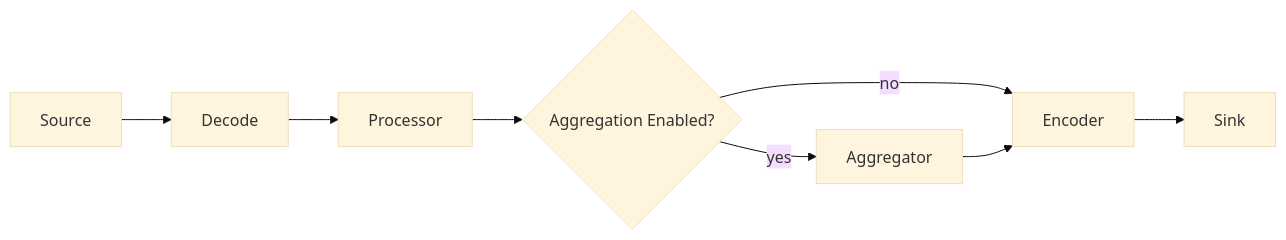
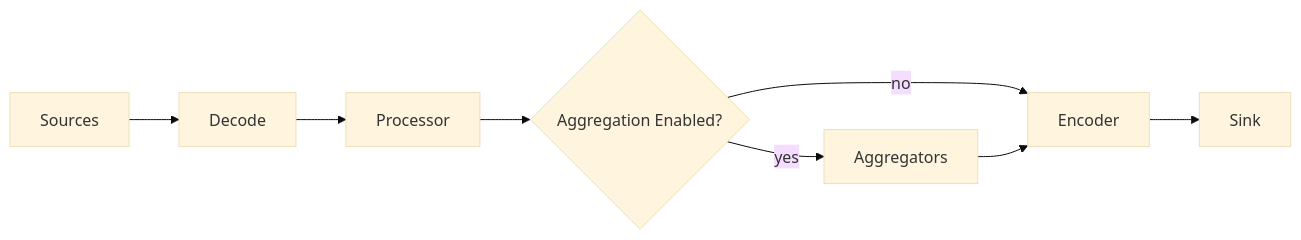
One commit to netsampler/goflow2 changed the first of 3 diagrams in docs/reflow-system.md. Above: the diagram before and after it, drawn with Mermaid (base theme). The commit also changed other lines of this file and 13 other files, not shown here.

````diff
--- a/docs/reflow-system.md
+++ b/docs/reflow-system.md
@@ -19,10 +19,10 @@
 ```mermaid
 flowchart LR
-    S[Source] --> D[Decode]
+    S[Sources] --> D[Decode]
     D --> P[Processor]
     P --> A{Aggregation Enabled?}
     A -- no --> E[Encoder]
-    A -- yes --> G[Aggregator]
+    A -- yes --> G[Aggregators]
     G --> E
     E --> K[Sink]
 ```
````
